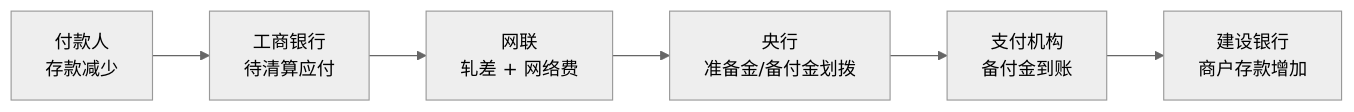
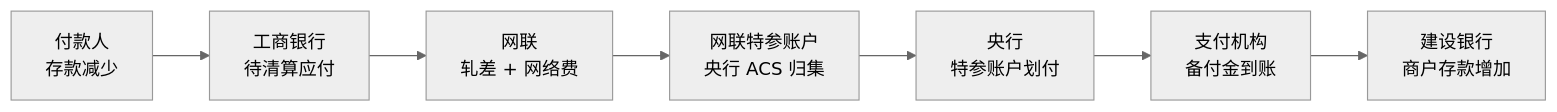
One commit to xiongyi92/payLab changed the second of 3 diagrams in wiki/05-clearing-banking.md. Above: the diagram before and after it, drawn with Mermaid (neutral theme). The commit also changed other lines of this file and 4 other files, not shown here.

````diff
--- a/wiki/05-clearing-banking.md
+++ b/wiki/05-clearing-banking.md
@@ -61,8 +61,9 @@
 ```mermaid
 flowchart LR
     U["付款人<br/>存款减少"] --> ICBC["工商银行<br/>待清算应付"]
     ICBC --> NU["网联<br/>轧差 + 网络费"]
-    NU --> PBOC["央行<br/>准备金/备付金划拨"]
+    NU --> SP["网联特参账户<br/>央行 ACS 归集"]
+    SP --> PBOC["央行<br/>特参账户划付"]
     PBOC --> PL["支付机构<br/>备付金到账"]
     PL --> CCB["建设银行<br/>商户存款增加"]
 ```
````
